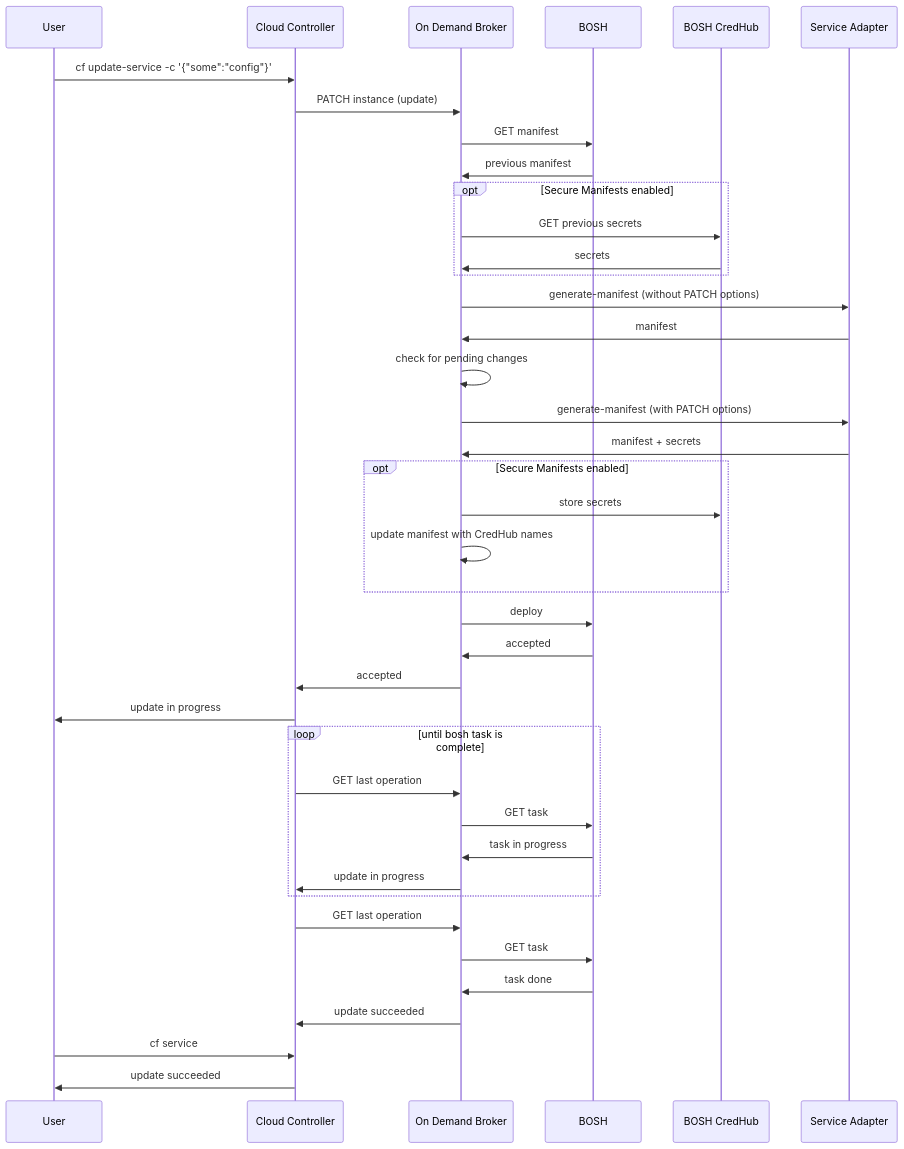
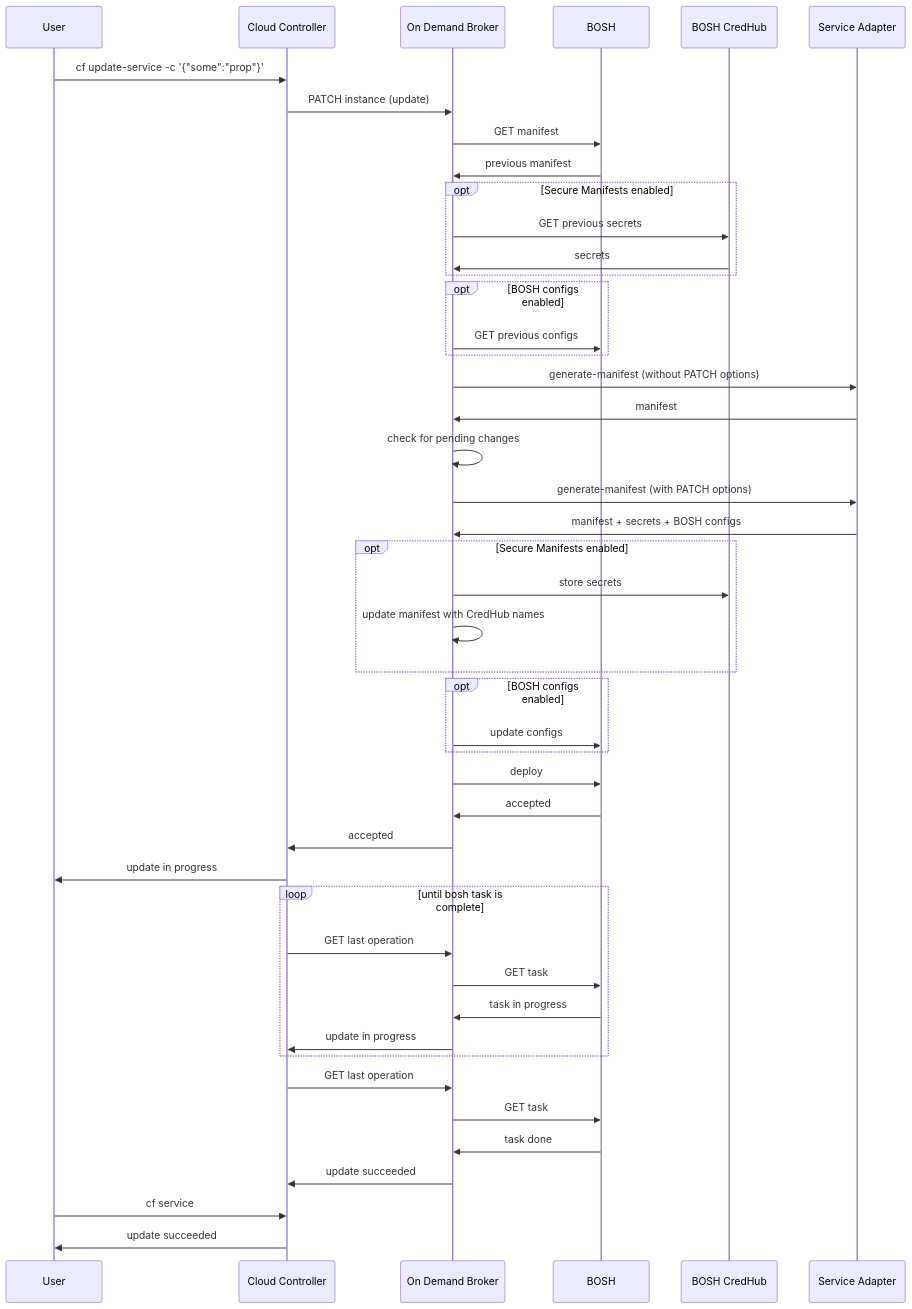
The diagram in mmd/update_service_no_pending_changes_workflow.mmd (pivotal-cf/docs-on-demand-service-broker), drawn with Mermaid before and after one commit. The commit also changed 9 other files, not shown here.

```diff
--- a/mmd/update_service_no_pending_changes_workflow.mmd
+++ b/mmd/update_service_no_pending_changes_workflow.mmd
@@ -1,36 +1,42 @@
 <div class="mermaid">
   sequenceDiagram
-  User->> Cloud Controller: cf update-service -c '{"some":"config"}'
+  User->> Cloud Controller: cf update-service -c '{"some":"prop"}'
   Cloud Controller->> On Demand Broker: PATCH instance (update)
   On Demand Broker->>BOSH:GET manifest
   BOSH->>On Demand Broker:previous manifest
   opt Secure Manifests enabled
     On Demand Broker->>BOSH CredHub: GET previous secrets
     BOSH CredHub->>On Demand Broker: secrets
   end
+  opt BOSH configs enabled
+    On Demand Broker->>BOSH:GET previous configs
+  end
   On Demand Broker->>Service Adapter: generate-manifest (without PATCH options)
   Service Adapter->>On Demand Broker: manifest
   On Demand Broker->>On Demand Broker: check for pending changes
   On Demand Broker->>Service Adapter: generate-manifest (with PATCH options)
-  Service Adapter->>On Demand Broker: manifest + secrets
+  Service Adapter->>On Demand Broker: manifest + secrets + BOSH configs
   opt Secure Manifests enabled
     On Demand Broker->>BOSH CredHub: store secrets
     On Demand Broker->>On Demand Broker: update manifest with CredHub names
+  end
+  opt BOSH configs enabled
+    On Demand Broker->>BOSH: update configs
   end
   On Demand Broker->>BOSH: deploy
   BOSH->>On Demand Broker: accepted
   On Demand Broker->>Cloud Controller: accepted
   Cloud Controller->>User: update in progress
   loop until bosh task is complete
     Cloud Controller->>On Demand Broker:GET last operation
     On Demand Broker->>BOSH:GET task
     BOSH->>On Demand Broker:task in progress
     On Demand Broker->>Cloud Controller:update in progress
   end
   Cloud Controller->>On Demand Broker:GET last operation
   On Demand Broker->>BOSH:GET task
   BOSH->>On Demand Broker:task done
   On Demand Broker->>Cloud Controller:update succeeded
   User->>Cloud Controller: cf service
   Cloud Controller->>User: update succeeded
 </div>
```
